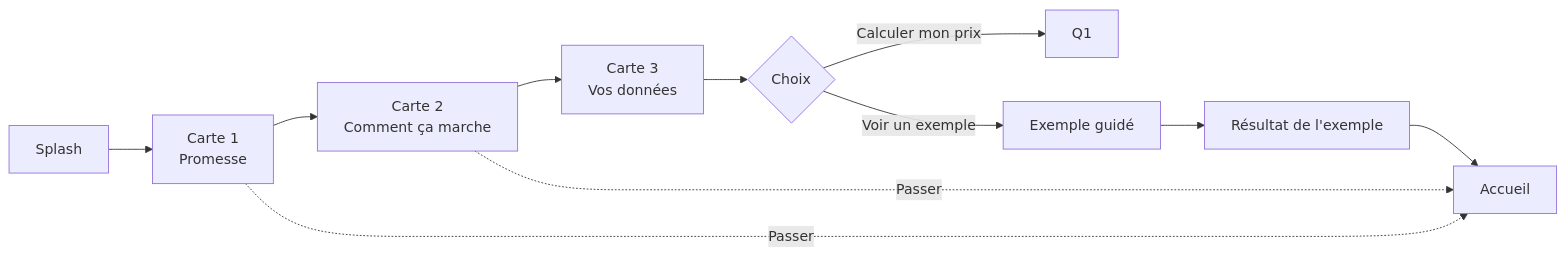
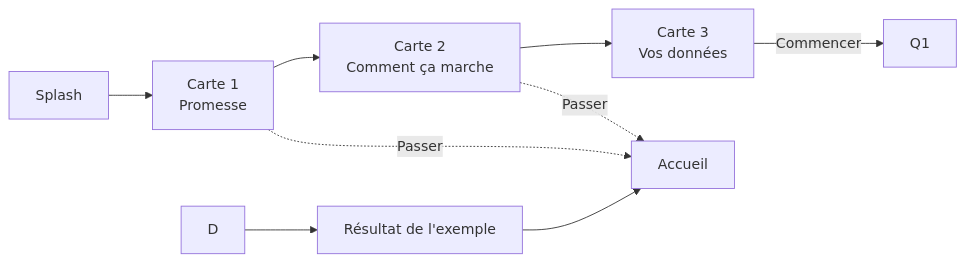
One commit to eraste-dev/prix-malin changed the diagram in docs/14-onboarding.md. Above: the diagram before and after it, drawn with Mermaid. The commit also changed other lines of this file and 32 other files, not shown here.

````diff
--- a/docs/14-onboarding.md
+++ b/docs/14-onboarding.md
@@ -26,11 +26,9 @@
 ```mermaid
 flowchart LR
   S[Splash] --> C1[Carte 1<br/>Promesse] --> C2[Carte 2<br/>Comment ça marche] --> C3[Carte 3<br/>Vos données]
-  C3 --> Ch{Choix}
-  Ch -->|Calculer mon prix| Q1[Q1]
-  Ch -->|Voir un exemple| D[Exemple guidé]
+  C3 -->|Commencer| Q1[Q1]
   C1 -. Passer .-> A[Accueil]
   C2 -. Passer .-> A
   D --> R[Résultat de l'exemple]
   R --> A
 ```
````
